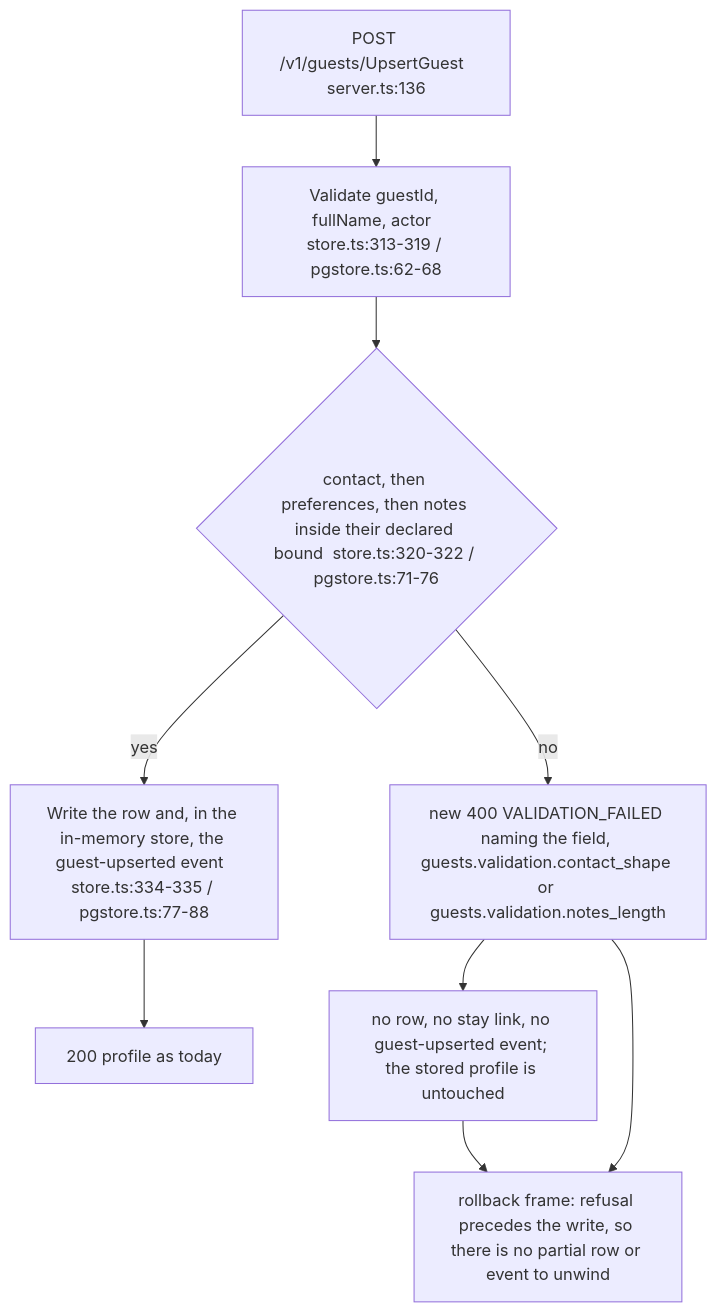
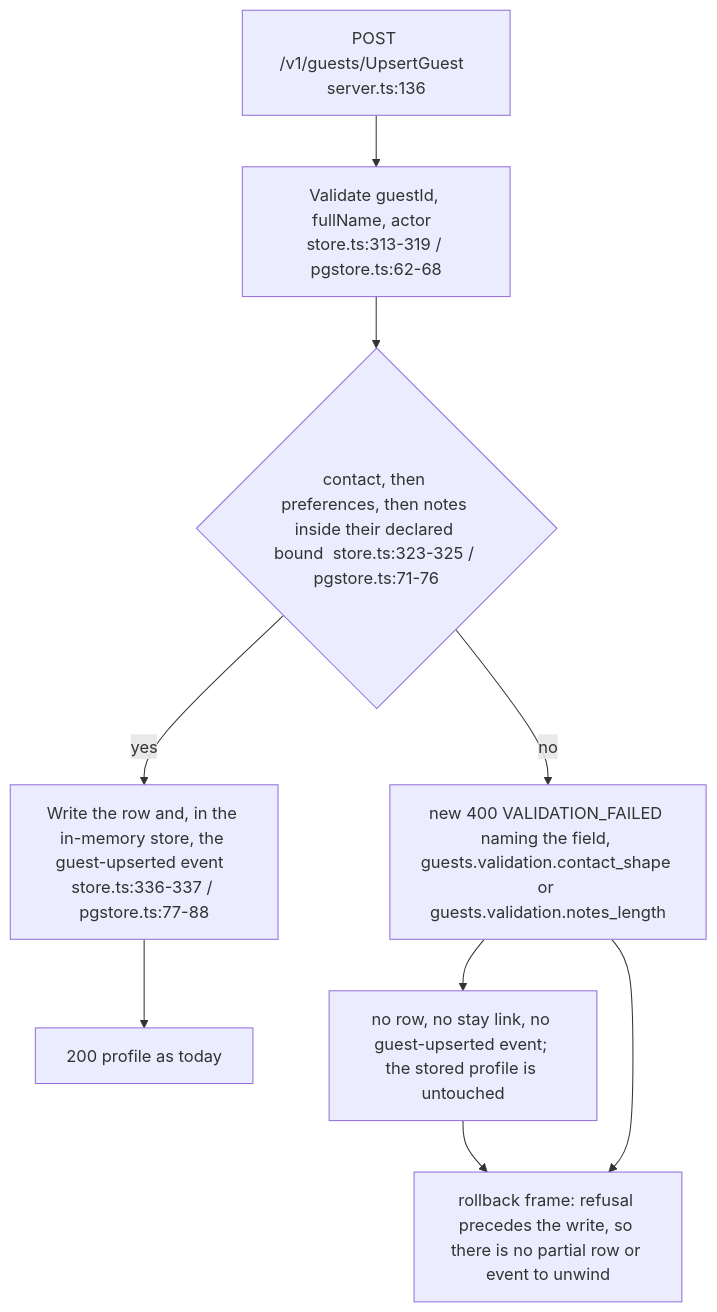
Diagram 54 of 55 in docs/architecture/lld.md (MingChen1501/hotel-mgmt), drawn with Mermaid before and after one commit. The commit also changed other lines of this file and 1 other file, not shown here.

First line of the commit message:
docs(guests): Re-pin as-built guest identity references at PR head

````diff
--- a/docs/architecture/lld.md
+++ b/docs/architecture/lld.md
@@ -6704,11 +6704,11 @@
 ```mermaid
 flowchart TD
     A[POST /v1/guests/UpsertGuest  server.ts:136] --> B[Validate guestId, fullName, actor  store.ts:313-319 / pgstore.ts:62-68]
-    B --> C{contact, then preferences, then notes inside their declared bound  store.ts:320-322 / pgstore.ts:71-76}
-    C -->|yes| D[Write the row and, in the in-memory store, the guest-upserted event  store.ts:334-335 / pgstore.ts:77-88]
+    B --> C{contact, then preferences, then notes inside their declared bound  store.ts:323-325 / pgstore.ts:71-76}
+    C -->|yes| D[Write the row and, in the in-memory store, the guest-upserted event  store.ts:336-337 / pgstore.ts:77-88]
     C -->|no| R[new 400 VALIDATION_FAILED naming the field, guests.validation.contact_shape or guests.validation.notes_length]
     R --> N[no row, no stay link, no guest-upserted event; the stored profile is untouched]
     D --> O[200 profile as today]
     R --> N2[rollback frame: refusal precedes the write, so there is no partial row or event to unwind]
     N --> N2
 ```
````
